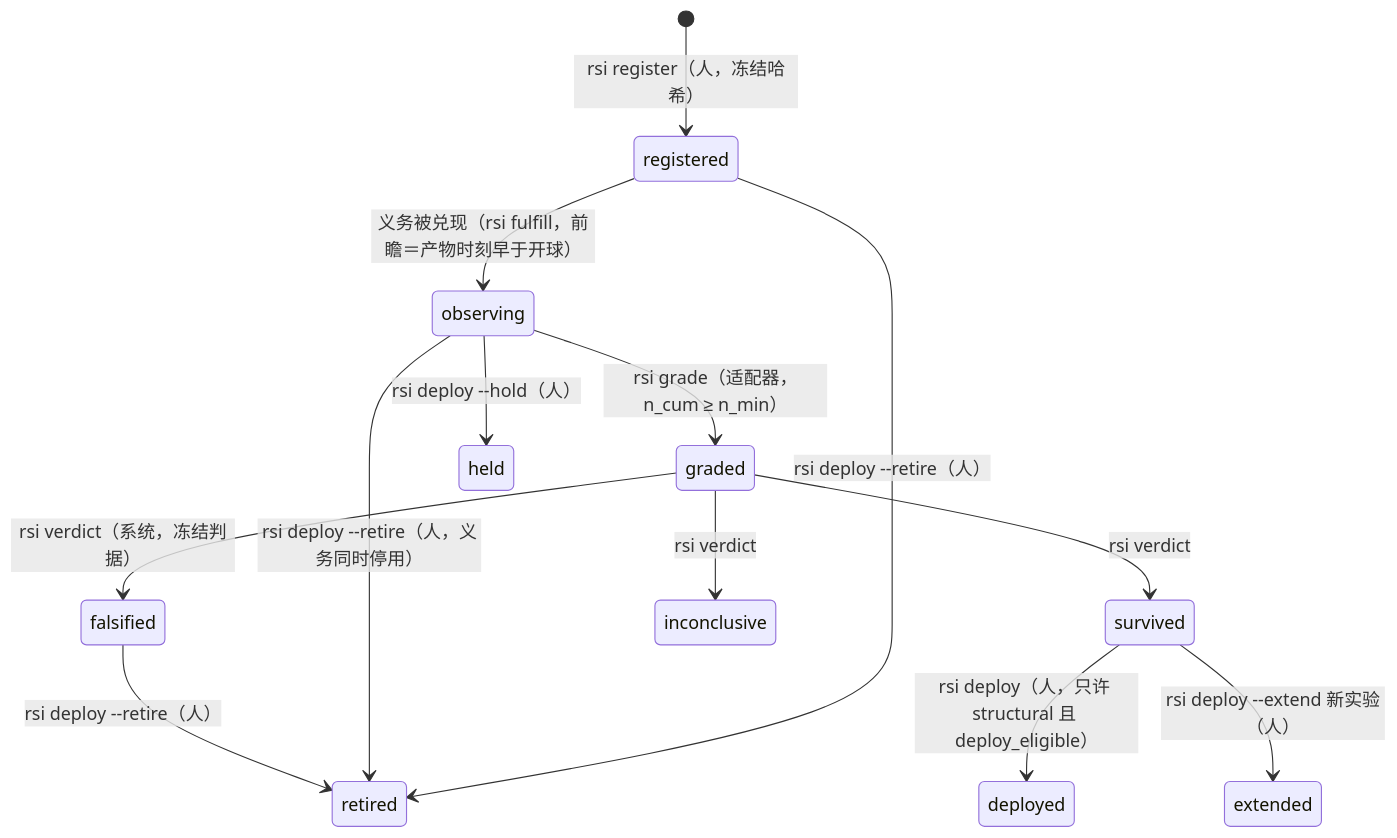
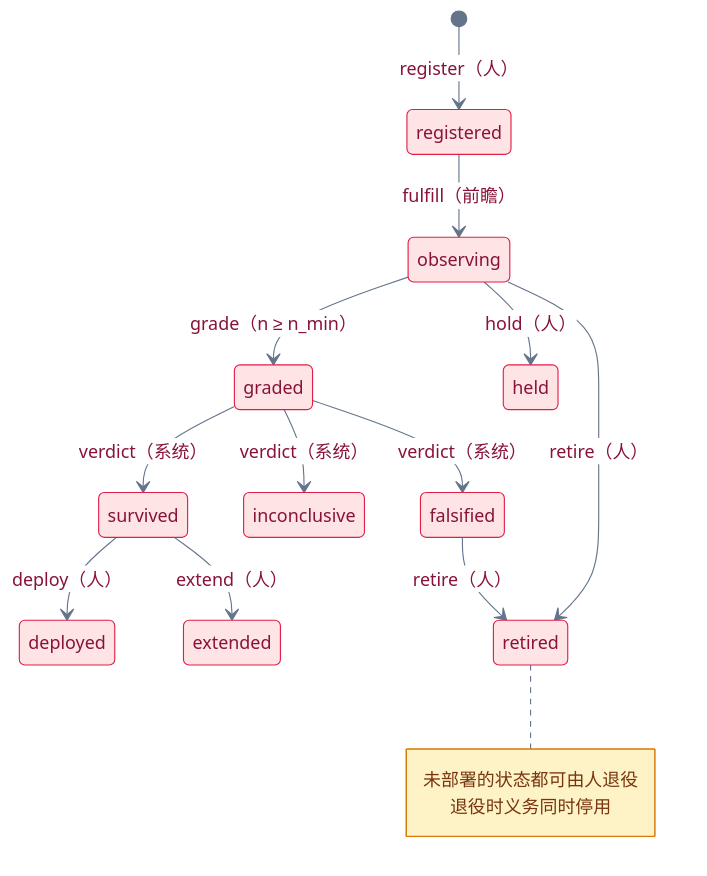
One commit to Jerenus/Nutmeg changed the seventh of 10 diagrams in docs/ARCHITECTURE.md. Above: the diagram before and after it, drawn with Mermaid. The commit also changed other lines of this file and 3 other files, not shown here.

````diff
--- a/docs/ARCHITECTURE.md
+++ b/docs/ARCHITECTURE.md
@@ -258,15 +372,19 @@
 ```mermaid
+%%{init: {"theme": "base", "themeVariables": {"fontSize": "16px", "primaryColor": "#FFE4E6", "primaryBorderColor": "#E11D48", "primaryTextColor": "#881337", "lineColor": "#64748B", "edgeLabelBackground": "#FFFFFF", "noteBkgColor": "#FEF3C7", "noteBorderColor": "#D97706", "noteTextColor": "#78350F"}}}%%
 stateDiagram-v2
-  [*] --> registered: rsi register（人，冻结哈希）
-  registered --> observing: 义务被兑现（rsi fulfill，前瞻＝产物时刻早于开球）
-  observing --> graded: rsi grade（适配器，n_cum ≥ n_min）
-  graded --> falsified: rsi verdict（系统，冻结判据）
-  graded --> survived: rsi verdict
-  graded --> inconclusive: rsi verdict
-  survived --> deployed: rsi deploy（人，只许 structural 且 deploy_eligible）
-  falsified --> retired: rsi deploy --retire（人）
-  observing --> retired: rsi deploy --retire（人，义务同时停用）
-  registered --> retired: rsi deploy --retire（人）
-  observing --> held: rsi deploy --hold（人）
-  survived --> extended: rsi deploy --extend 新实验（人）
+  [*] --> registered: register（人）
+  registered --> observing: fulfill（前瞻）
+  observing --> graded: grade（n ≥ n_min）
+  graded --> falsified: verdict（系统）
+  graded --> inconclusive: verdict（系统）
+  graded --> survived: verdict（系统）
+  survived --> deployed: deploy（人）
+  survived --> extended: extend（人）
+  observing --> held: hold（人）
+  falsified --> retired: retire（人）
+  observing --> retired: retire（人）
+  note right of retired
+    未部署的状态都可由人退役
+    退役时义务同时停用
+  end note
 ```
````
